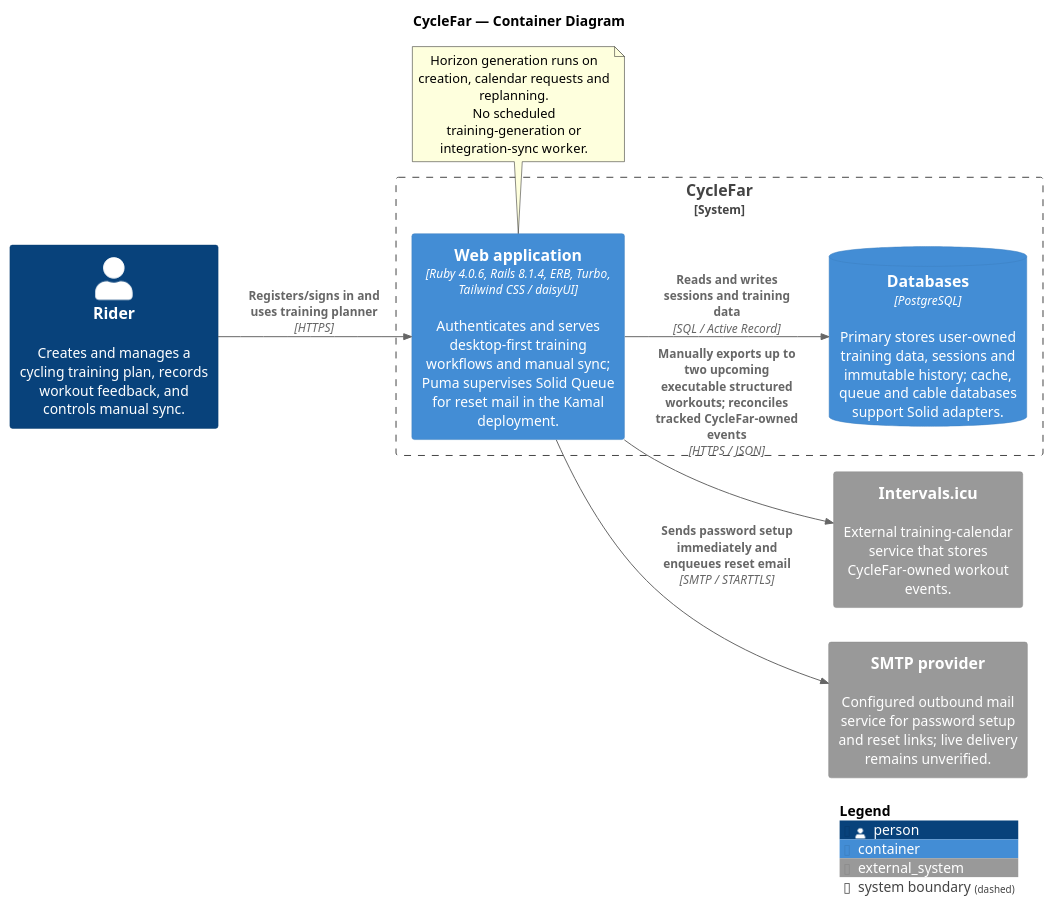
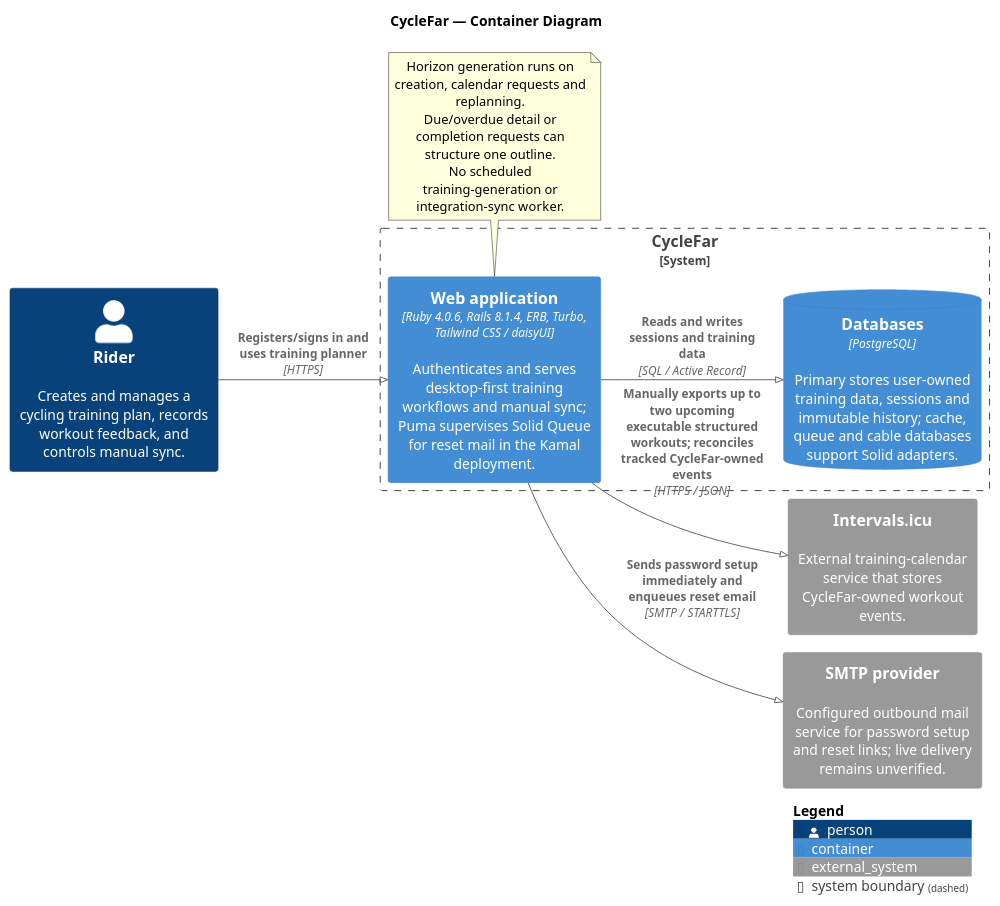
One commit to richardhartme/cyclefar changed the diagram in docs/diagrams/container-cyclefar.puml. Above: the diagram before and after it, drawn with PlantUML. The commit also changed 20 other files, not shown here.

Commit message:
Update architecture diagrams and add PNG exports

```diff
--- a/docs/diagrams/container-cyclefar.puml
+++ b/docs/diagrams/container-cyclefar.puml
@@ -1,30 +1,32 @@
-@startuml CycleFar Container Diagram
+@startuml
+!pragma layout smetana
 ' Scope and limitations: README.md
 !include https://raw.githubusercontent.com/plantuml-stdlib/C4-PlantUML/master/C4_Container.puml
 
 title CycleFar — Container Diagram
 
 LAYOUT_LEFT_RIGHT()
 
 Person(rider, "Rider", "Creates and manages a cycling training plan, records workout feedback, and controls manual sync.")
 
 System_Boundary(cyclefar_boundary, "CycleFar") {
   Container(web_application, "Web application", "Ruby 4.0.6, Rails 8.1.4, ERB, Turbo, Tailwind CSS / daisyUI", "Authenticates and serves desktop-first training workflows and manual sync; Puma supervises Solid Queue for reset mail in the Kamal deployment.")
   ContainerDb(database, "Databases", "PostgreSQL", "Primary stores user-owned training data, sessions and immutable history; cache, queue and cable databases support Solid adapters.")
 }
 
 System_Ext(intervals_icu, "Intervals.icu", "External training-calendar service that stores CycleFar-owned workout events.")
 System_Ext(smtp, "SMTP provider", "Configured outbound mail service for password setup and reset links; live delivery remains unverified.")
 
 Rel(rider, web_application, "Registers/signs in and uses training planner", "HTTPS")
 Rel(web_application, database, "Reads and writes sessions and training data", "SQL / Active Record")
 Rel(web_application, intervals_icu, "Manually exports up to two upcoming executable structured workouts; reconciles tracked CycleFar-owned events", "HTTPS / JSON")
 Rel(web_application, smtp, "Sends password setup immediately and enqueues reset email", "SMTP / STARTTLS")
 
 note bottom of web_application
   Horizon generation runs on creation, calendar requests and replanning.
+  Due/overdue detail or completion requests can structure one outline.
   No scheduled training-generation or integration-sync worker.
 end note
 
 SHOW_LEGEND()
 @enduml
```
